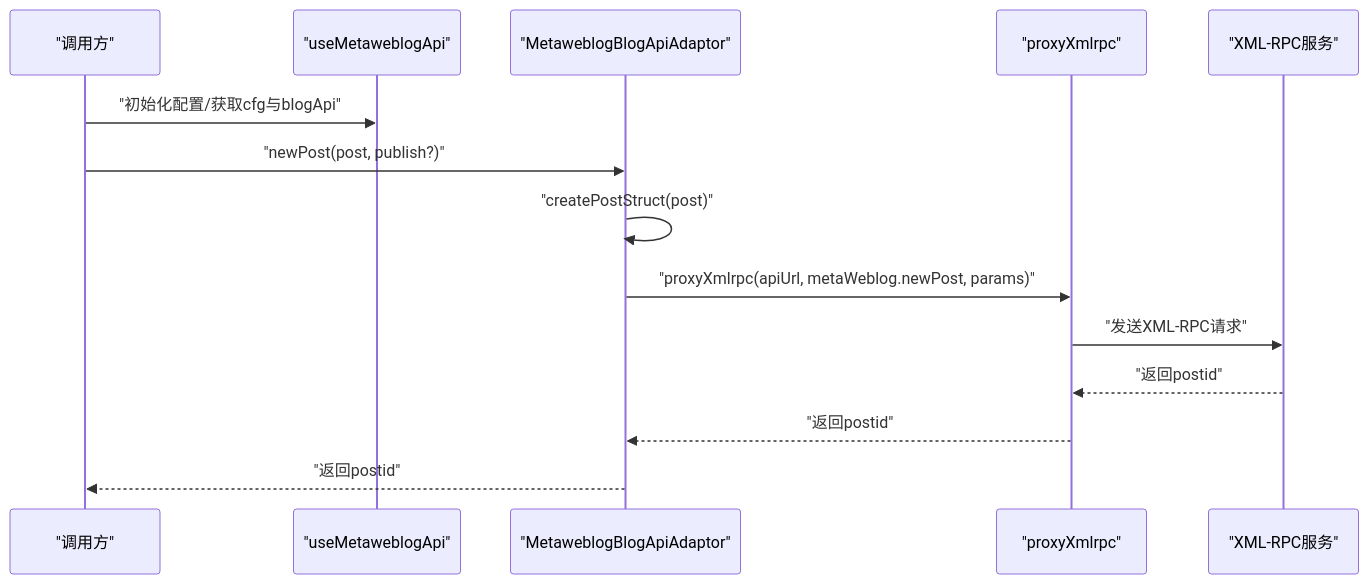
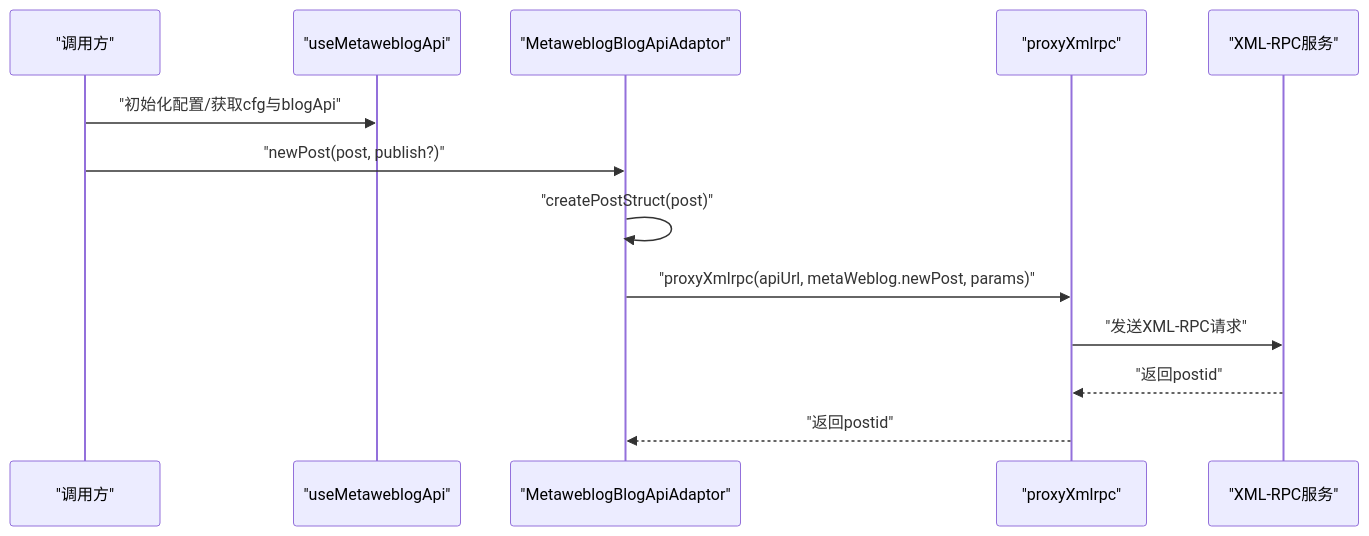
The fourth of 6 diagrams in .qoder/repowiki/zh/content/平台适配器系统/博客平台适配器/Metaweblog协议适配器.md (terwer/siyuan-plugin-publisher), drawn with Mermaid before and after one commit. The commit also changed other lines of this file and 16 other files, not shown here.

````diff
--- a/.qoder/repowiki/zh/content/平台适配器系统/博客平台适配器/Metaweblog协议适配器.md
+++ b/.qoder/repowiki/zh/content/平台适配器系统/博客平台适配器/Metaweblog协议适配器.md
@@ -219,16 +264,15 @@
 ```mermaid
 sequenceDiagram
 participant UI as "调用方"
 participant Hook as "useMetaweblogApi"
 participant Adapter as "MetaweblogBlogApiAdaptor"
 participant Proxy as "proxyXmlrpc"
 participant RPC as "XML-RPC服务"
 UI->>Hook : "初始化配置/获取cfg与blogApi"
 UI->>Adapter : "newPost(post, publish?)"
 Adapter->>Adapter : "createPostStruct(post)"
 Adapter->>Proxy : "proxyXmlrpc(apiUrl, metaWeblog.newPost, params)"
 Proxy->>RPC : "发送XML-RPC请求"
 RPC-->>Proxy : "返回postid"
 Proxy-->>Adapter : "返回postid"
-Adapter-->>UI : "返回postid"
 ```
````
